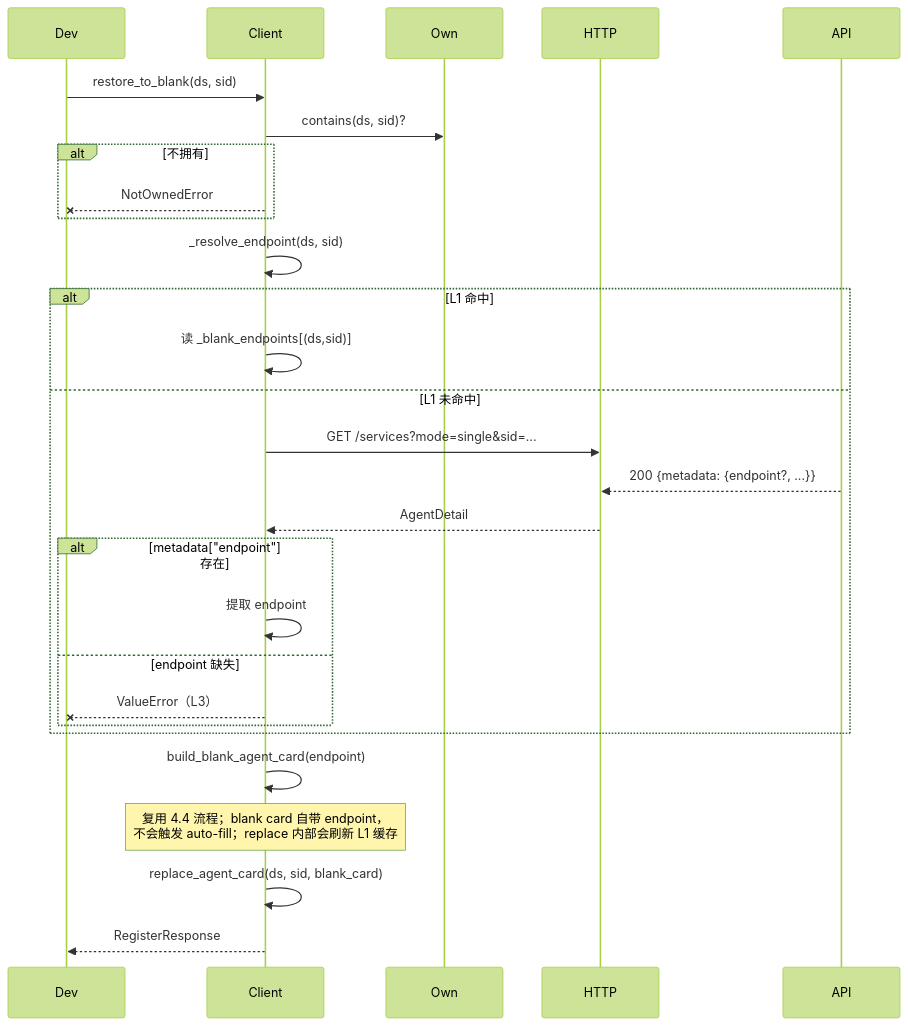
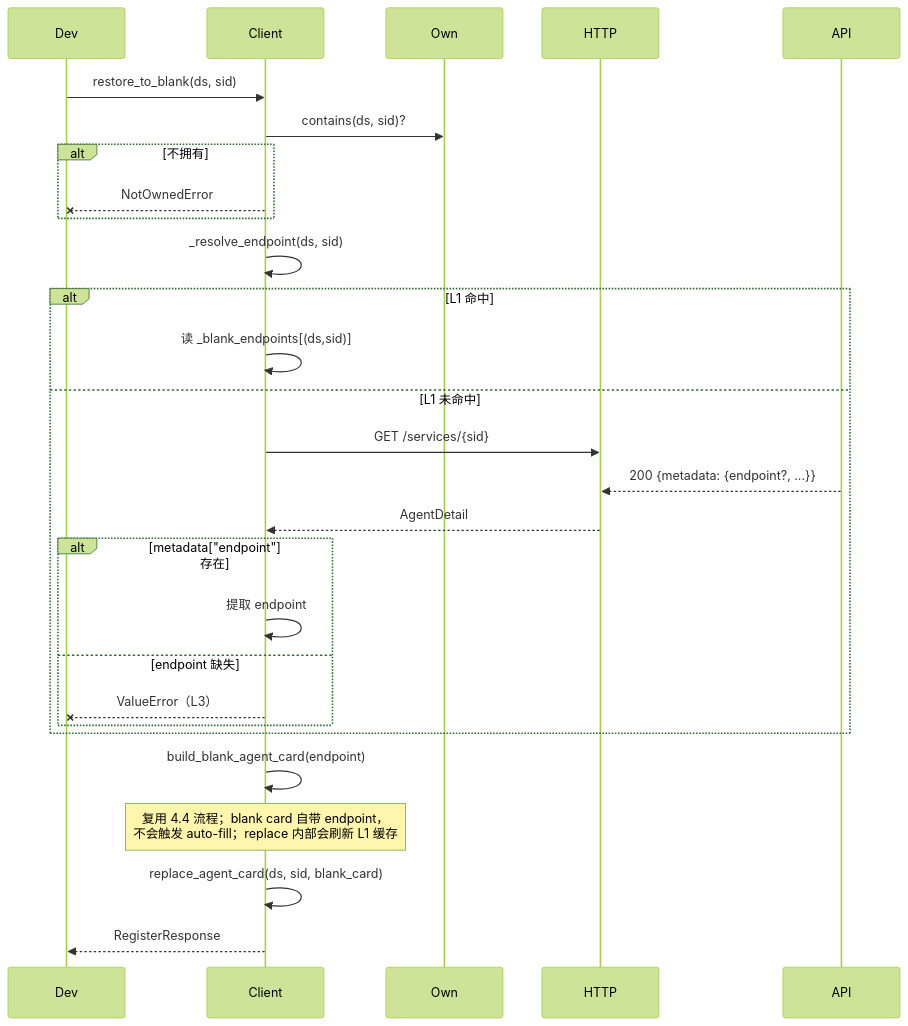
The sixth of 7 diagrams in docs/client_design.md (Weizheng96/A2X-registry), drawn with Mermaid (forest theme) before and after one commit. The commit also changed other lines of this file and 14 other files, not shown here.

First line of the commit message:
refactor: consolidate /services endpoint, eliminate mode parameter

````diff
--- a/docs/client_design.md
+++ b/docs/client_design.md
@@ -626,31 +626,31 @@
 ```mermaid
 sequenceDiagram
     participant Dev
     participant Client
     participant Own
     participant HTTP
     participant API
 
     Dev->>Client: restore_to_blank(ds, sid)
     Client->>Own: contains(ds, sid)?
     alt 不拥有
         Client--xDev: NotOwnedError
     end
     Client->>Client: _resolve_endpoint(ds, sid)
     alt L1 命中
         Client->>Client: 读 _blank_endpoints[(ds,sid)]
     else L1 未命中
-        Client->>HTTP: GET /services?mode=single&sid=...
+        Client->>HTTP: GET /services/{sid}
         API-->>HTTP: 200 {metadata: {endpoint?, ...}}
         HTTP-->>Client: AgentDetail
         alt metadata["endpoint"] 存在
             Client->>Client: 提取 endpoint
         else endpoint 缺失
             Client--xDev: ValueError（L3）
         end
     end
     Client->>Client: build_blank_agent_card(endpoint)
     Note over Client: 复用 4.4 流程；blank card 自带 endpoint，<br/>不会触发 auto-fill；replace 内部会刷新 L1 缓存
     Client->>Client: replace_agent_card(ds, sid, blank_card)
     Client-->>Dev: RegisterResponse
 ```
````
